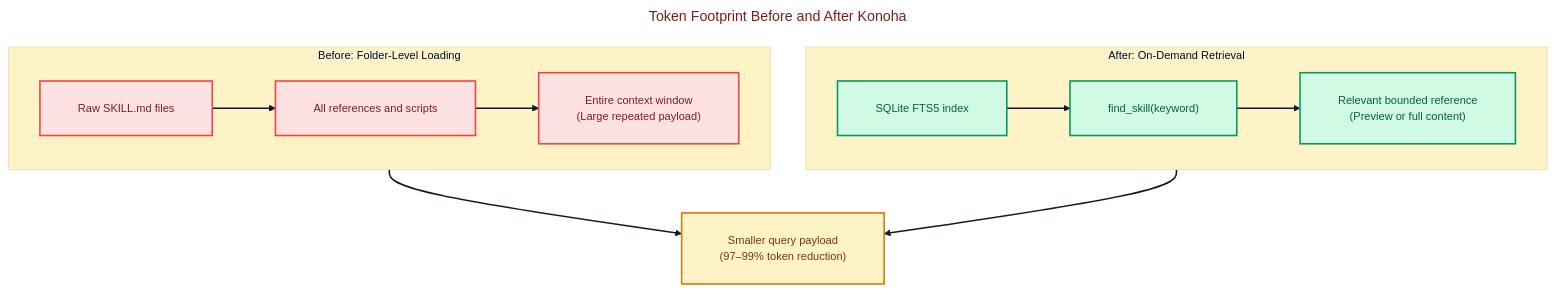
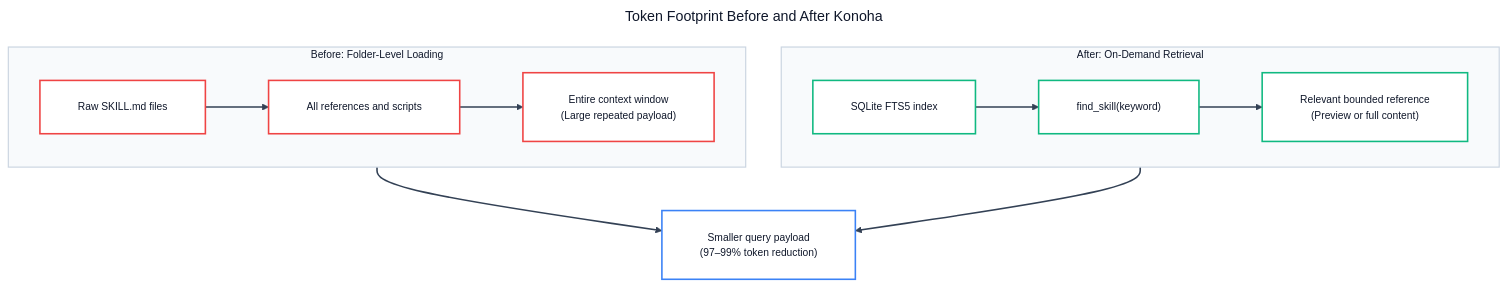
Before and after one commit to andycungkrinx91/konoha: the third of 3 diagrams in README.md, drawn with Mermaid. The commit also changed other lines of this file and 107 other files, not shown here.

````diff
--- a/README.md
+++ b/README.md
@@ -1032,45 +1036,50 @@
 ```mermaid
 ---
 title: Token Footprint Before and After Konoha
 config:
   theme: base
   themeVariables:
+    darkMode: false
     background: '#ffffff'
     mainBkg: '#ffffff'
-    primaryColor: '#fee2e2'
-    primaryTextColor: '#7f1d1d'
-    primaryBorderColor: '#ef4444'
-    lineColor: '#0f172a'
-    arrowheadColor: '#0f172a'
-    secondaryColor: '#d1fae5'
-    tertiaryColor: '#fef3c7'
-    fontFamily: 'Inter, system-ui, sans-serif'
-    fontSize: '14px'
+    primaryColor: '#ffffff'
+    primaryTextColor: '#0f172a'
+    primaryBorderColor: '#3b82f6'
+    lineColor: '#334155'
+    arrowheadColor: '#334155'
+    secondaryColor: '#f8fafc'
+    tertiaryColor: '#ffffff'
+    fontFamily: 'Inter, system-ui, -apple-system, sans-serif'
+    fontSize: '13px'
   flowchart:
     nodeSpacing: 45
     rankSpacing: 55
     padding: 24
     wrappingWidth: 380
 ---
 flowchart TB
     subgraph Before ["Before: Folder-Level Loading"]
         Raw["Raw SKILL.md files"] --> References["All references and scripts"]
         References --> FullContext["Entire context window<br/>(Large repeated payload)"]
     end
 
     subgraph After ["After: On-Demand Retrieval"]
         Index["SQLite FTS5 index"] --> Query["find_skill(keyword)"]
         Query --> Relevant["Relevant bounded reference<br/>(Preview or full content)"]
     end
 
     Before --> Compare["Smaller query payload<br/>(97–99% token reduction)"]
     After --> Compare
 
-    linkStyle default stroke:#0f172a,stroke-width:2px;
-    classDef waste fill:#fee2e2,stroke:#ef4444,color:#7f1d1d,stroke-width:2px
-    classDef optimized fill:#d1fae5,stroke:#059669,color:#065f46,stroke-width:2px
-    classDef decision fill:#fef3c7,stroke:#d97706,color:#78350f,stroke-width:2px
-    class Raw,References,FullContext waste
-    class Index,Query,Relevant optimized
-    class Compare decision
+    linkStyle default stroke:#334155,stroke-width:2px;
+    style Before fill:#f8fafc,stroke:#cbd5e1,stroke-width:1.5px,color:#0f172a;
+    style After fill:#f8fafc,stroke:#cbd5e1,stroke-width:1.5px,color:#0f172a;
+
+    classDef wasteNode fill:#ffffff,stroke:#ef4444,color:#0f172a,stroke-width:2px;
+    classDef optNode fill:#ffffff,stroke:#10b981,color:#0f172a,stroke-width:2px;
+    classDef compNode fill:#ffffff,stroke:#3b82f6,color:#0f172a,stroke-width:2px;
+
+    class Raw,References,FullContext wasteNode;
+    class Index,Query,Relevant optNode;
+    class Compare compNode;
 ```
````
